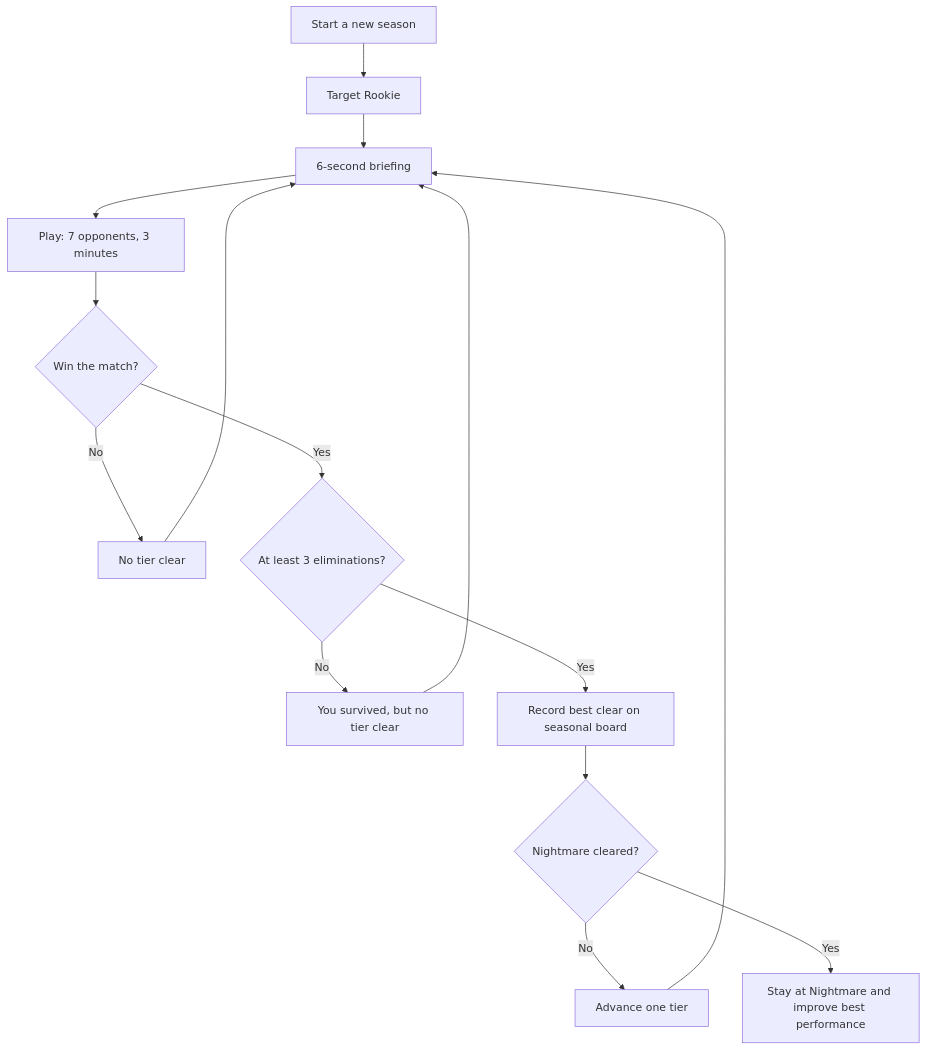
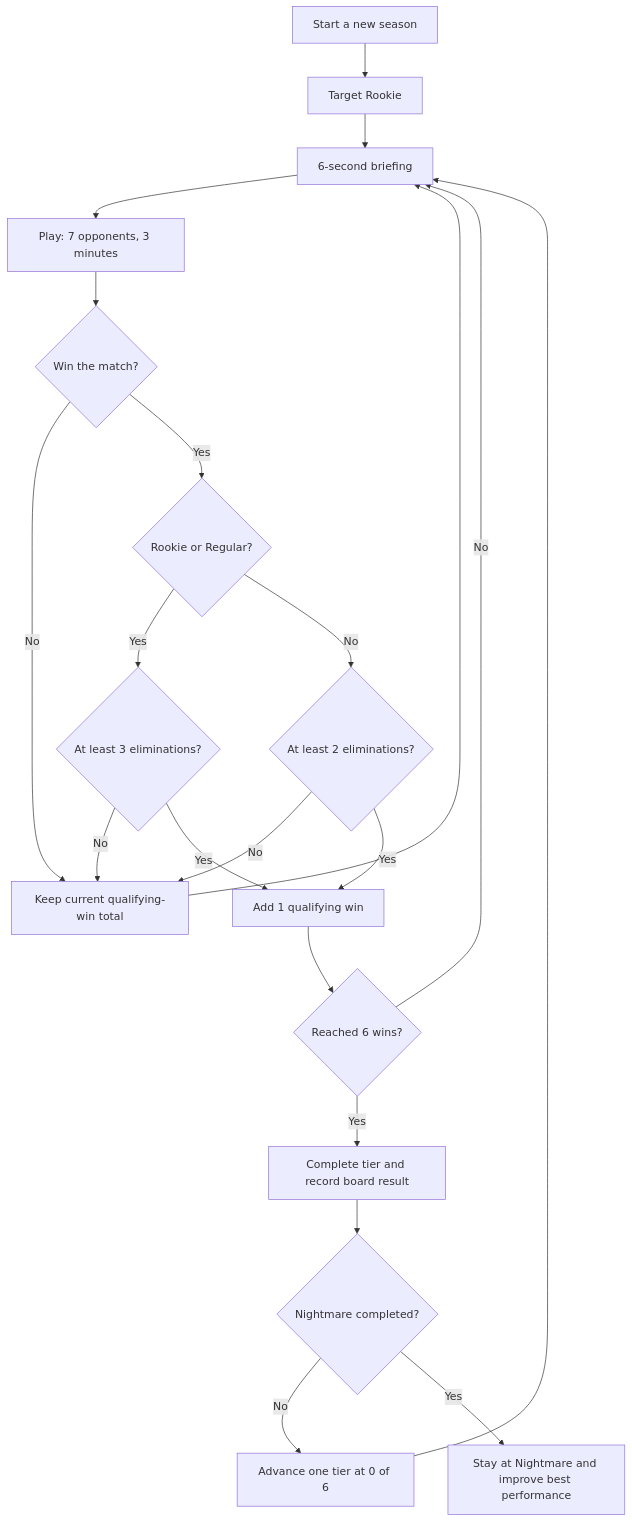
One commit to fun-games-ralston/shooters-royale changed the third of 3 diagrams in CHALLENGE-SEASONS-PLAN.md. Above: the diagram before and after it, drawn with Mermaid. The commit also changed other lines of this file and 9 other files, not shown here.

````diff
--- a/CHALLENGE-SEASONS-PLAN.md
+++ b/CHALLENGE-SEASONS-PLAN.md
@@ -213,17 +213,23 @@
 ```mermaid
 flowchart TD
     A[Start a new season] --> B[Target Rookie]
     B --> C[6-second briefing]
     C --> D[Play: 7 opponents, 3 minutes]
     D --> E{Win the match?}
-    E -- No --> F[No tier clear]
-    E -- Yes --> G{At least 3 eliminations?}
-    G -- No --> H[You survived, but no tier clear]
-    G -- Yes --> I[Record best clear on seasonal board]
-    I --> J{Nightmare cleared?}
-    J -- No --> K[Advance one tier]
-    K --> C
-    J -- Yes --> L[Stay at Nightmare and improve best performance]
+    E -- No --> F[Keep current qualifying-win total]
+    E -- Yes --> G{Rookie or Regular?}
+    G -- Yes --> H{At least 3 eliminations?}
+    G -- No --> I{At least 2 eliminations?}
+    H -- No --> F
+    I -- No --> F
+    H -- Yes --> J[Add 1 qualifying win]
+    I -- Yes --> J
+    J --> K{Reached 6 wins?}
+    K -- No --> C
+    K -- Yes --> L[Complete tier and record board result]
+    L --> M{Nightmare completed?}
+    M -- No --> N[Advance one tier at 0 of 6]
+    N --> C
+    M -- Yes --> O[Stay at Nightmare and improve best performance]
     F --> C
-    H --> C
 ```
````
